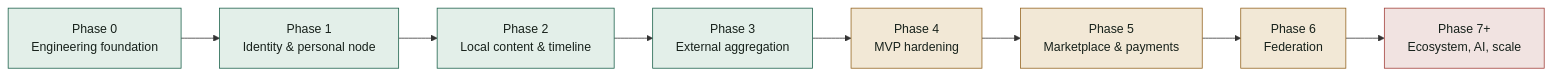
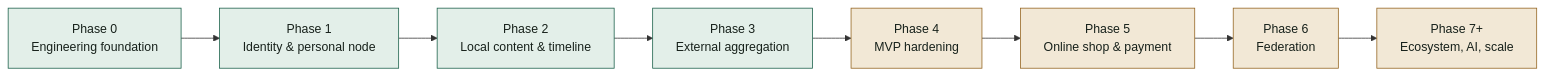
The first of 2 diagrams in documentation/PROGRESS-REPORT.en.md (kukuhtw/fpdp), drawn with Mermaid before and after one commit. The commit also changed other lines of this file and 9 other files, not shown here.

First line of the commit message:
Update progress report and roadmap documentation to reflect changes in payment and marketplace phases

````diff
--- a/documentation/PROGRESS-REPORT.en.md
+++ b/documentation/PROGRESS-REPORT.en.md
@@ -22,17 +23,16 @@
 ```mermaid
 flowchart LR
     P0["Phase 0<br/>Engineering foundation"] --> P1["Phase 1<br/>Identity & personal node"]
     P1 --> P2["Phase 2<br/>Local content & timeline"]
     P2 --> P3["Phase 3<br/>External aggregation"]
     P3 --> P4["Phase 4<br/>MVP hardening"]
-    P4 --> P5["Phase 5<br/>Marketplace & payments"]
+    P4 --> P5["Phase 5<br/>Online shop & payment"]
     P5 --> P6["Phase 6<br/>Federation"]
     P6 --> P7["Phase 7+<br/>Ecosystem, AI, scale"]
 
     classDef done fill:#e3efe9,stroke:#185f48,color:#17211b;
     classDef partial fill:#f2e8d6,stroke:#93631e,color:#17211b;
     classDef planned fill:#f1e3e1,stroke:#a13d37,color:#17211b;
     class P0,P1,P2,P3 done;
-    class P4,P5,P6 partial;
-    class P7 planned;
+    class P4,P5,P6,P7 partial;
 ```
````
